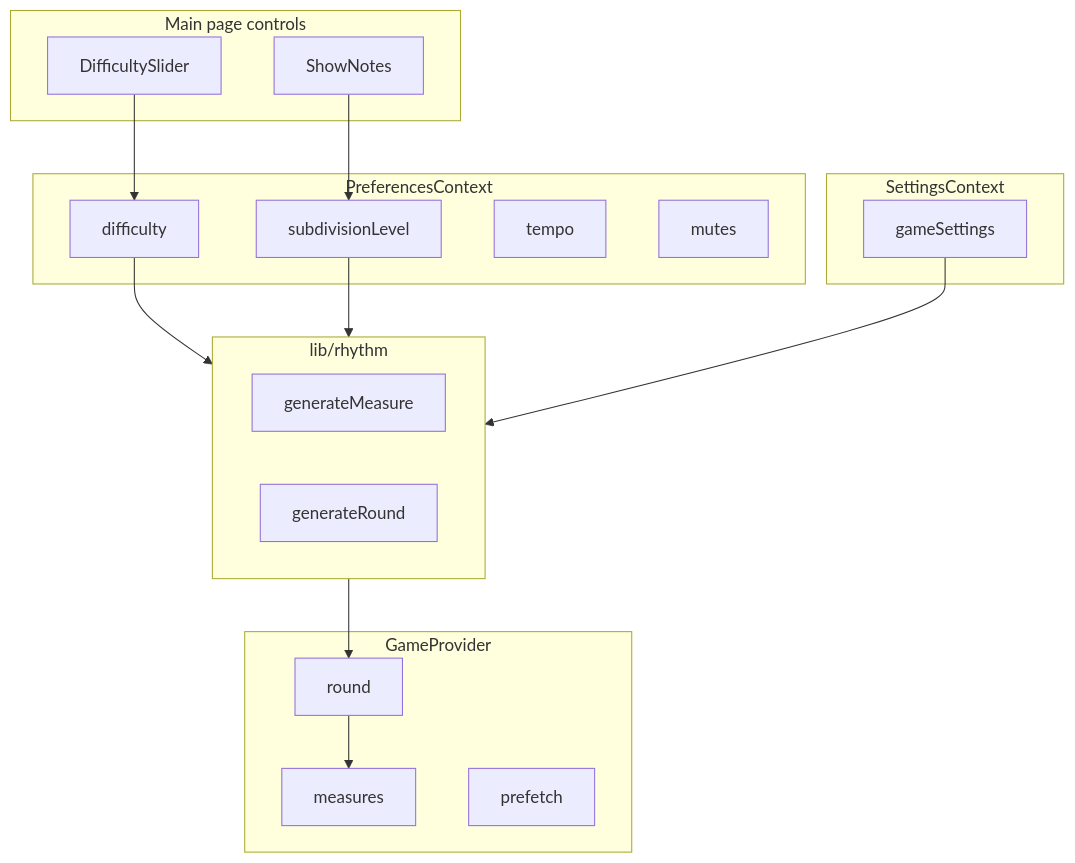
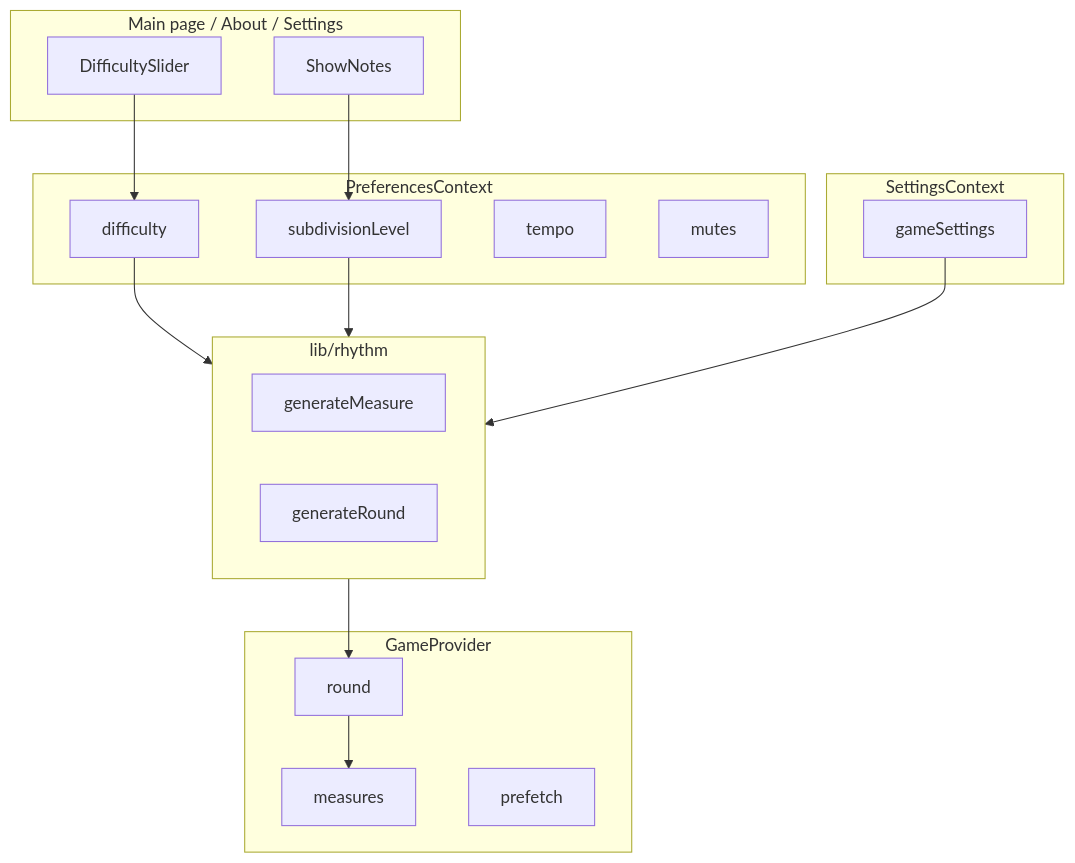
One commit to kylemichaelsullivan/poison-rhythm changed the second of 3 diagrams in documentation/ARCHITECTURE.md. Above: the diagram before and after it, drawn with Mermaid. The commit also changed other lines of this file and 6 other files, not shown here.

````diff
--- a/documentation/ARCHITECTURE.md
+++ b/documentation/ARCHITECTURE.md
@@ -62,37 +62,37 @@
 ```mermaid
 flowchart TB
-  subgraph mainPage [Main page controls]
+  subgraph mainPage [Main page / About / Settings]
     DifficultySlider
     ShowNotes
   end
 
   subgraph prefs [PreferencesContext]
     difficulty
     subdivisionLevel
     tempo
     mutes
   end
 
   subgraph settings [SettingsContext]
     gameSettings
   end
 
   subgraph game [GameProvider]
     round
     measures
     prefetch
   end
 
   subgraph engine [lib/rhythm]
     generateMeasure
     generateRound
   end
 
   DifficultySlider --> difficulty
   ShowNotes --> subdivisionLevel
   difficulty --> engine
   subdivisionLevel --> engine
   gameSettings --> engine
   engine --> round
   round --> measures
 ```
````
